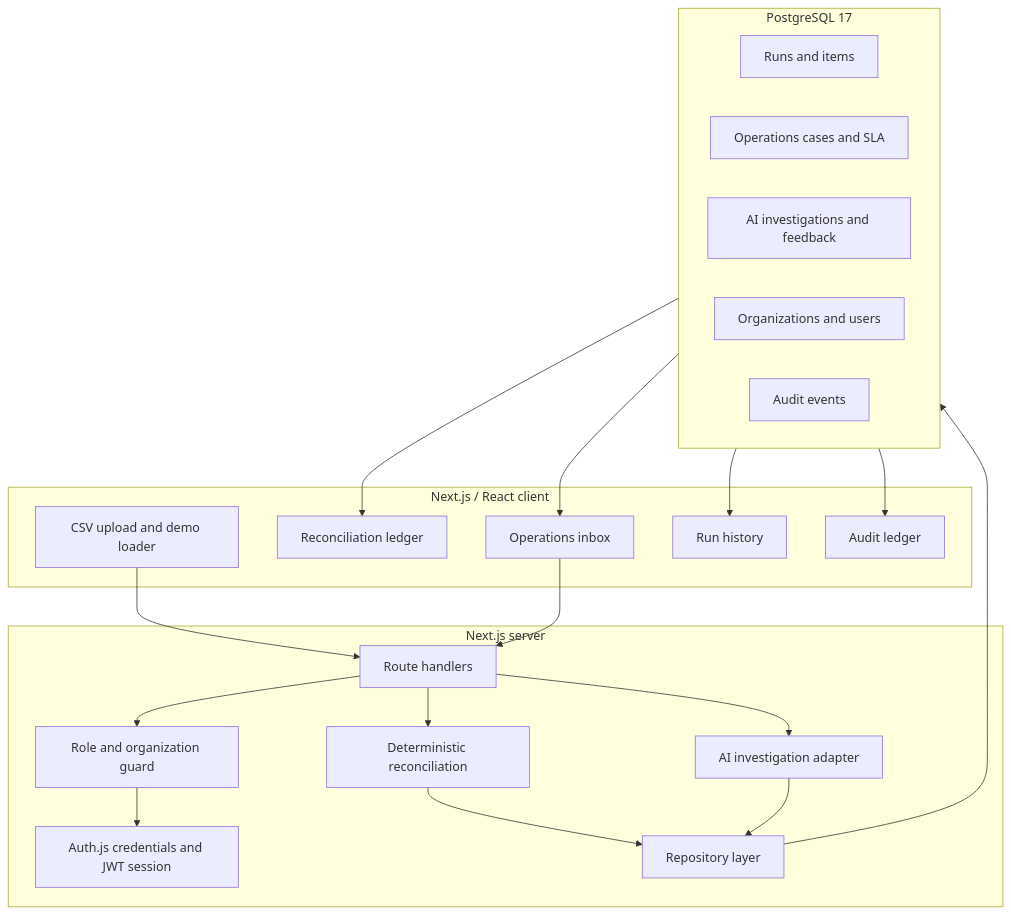
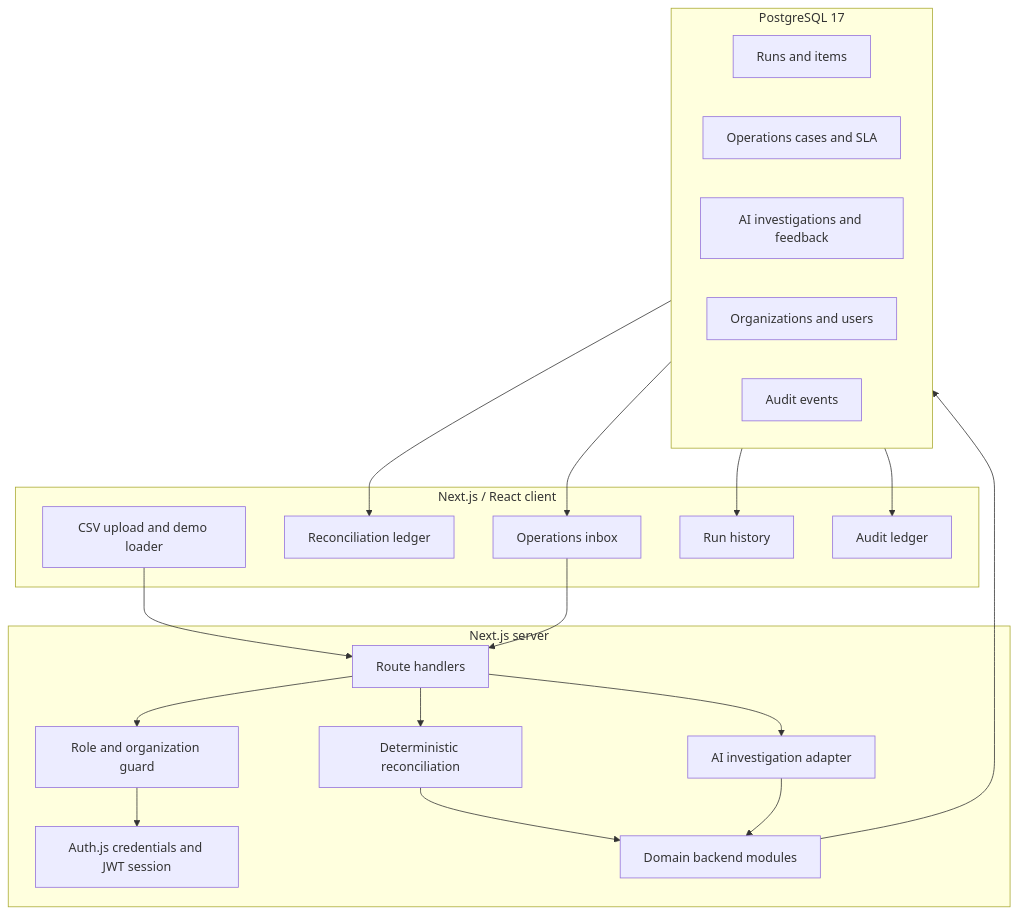
The diagram in docs/portfolio/ARCHITECTURE.md (himanisharrma/payops-copilot), drawn with Mermaid before and after one commit. The commit also changed other lines of this file and 28 other files, not shown here.

Commit message:
Refactor backend into domain modules

````diff
--- a/docs/portfolio/ARCHITECTURE.md
+++ b/docs/portfolio/ARCHITECTURE.md
@@ -8,41 +8,41 @@
 ```mermaid
 flowchart TB
     subgraph Client["Next.js / React client"]
       Upload[CSV upload and demo loader]
       Ledger[Reconciliation ledger]
       Ops[Operations inbox]
       History[Run history]
       AuditUI[Audit ledger]
     end
 
     subgraph Server["Next.js server"]
       Auth[Auth.js credentials and JWT session]
       Routes[Route handlers]
       Engine[Deterministic reconciliation]
       Investigator[AI investigation adapter]
       Access[Role and organization guard]
-      Repo[Repository layer]
+      Modules[Domain backend modules]
     end
 
     subgraph Data["PostgreSQL 17"]
       Runs[Runs and items]
       Cases[Operations cases and SLA]
       AI[AI investigations and feedback]
       Identity[Organizations and users]
       Events[Audit events]
     end
 
     Upload --> Routes
     Routes --> Access
     Access --> Auth
     Routes --> Engine
-    Engine --> Repo
+    Engine --> Modules
     Ops --> Routes
     Routes --> Investigator
-    Investigator --> Repo
-    Repo --> Data
+    Investigator --> Modules
+    Modules --> Data
     Data --> Ledger
     Data --> Ops
     Data --> History
     Data --> AuditUI
 ```
````
